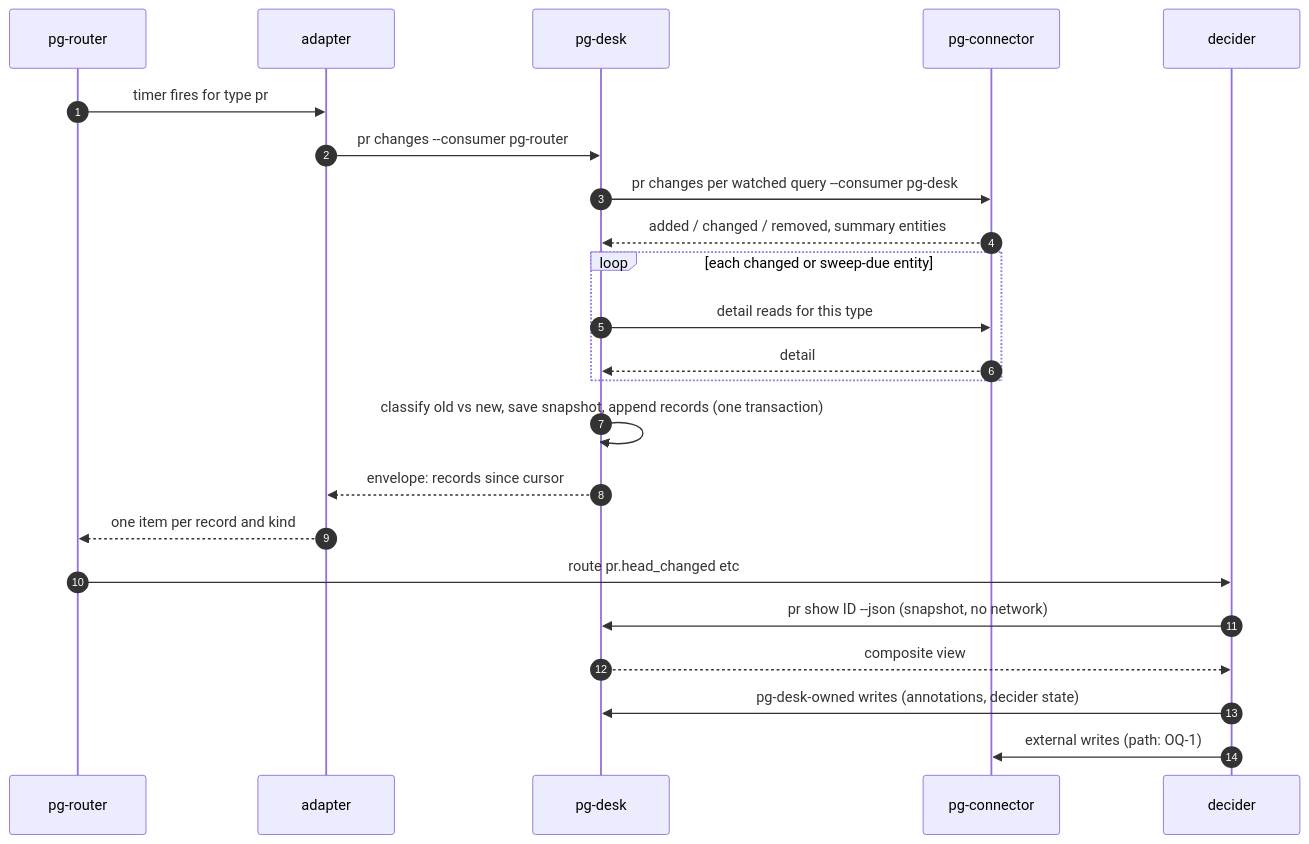
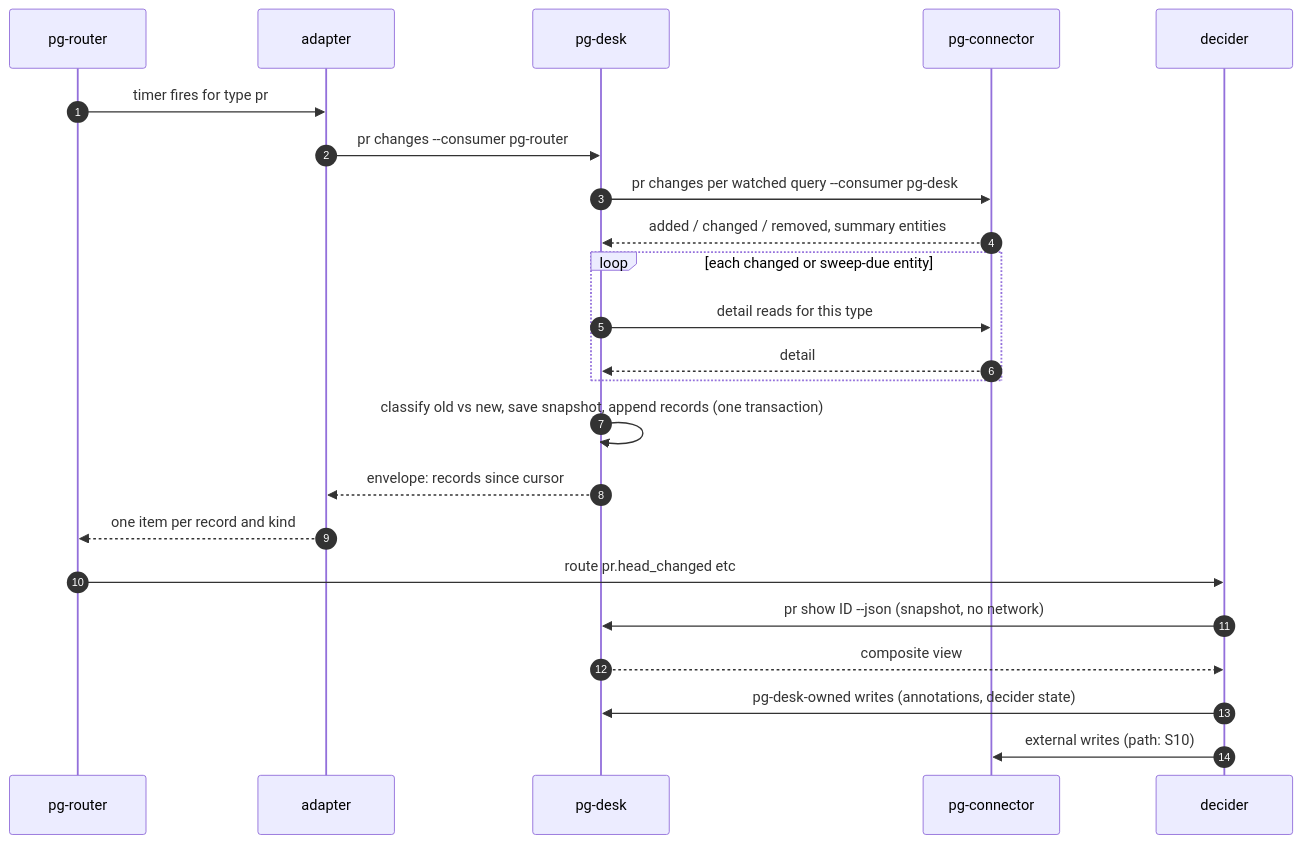
The second of 2 diagrams in docs/superpowers/specs/2026-09-29-entity-change-flow-design.md (phillipgreenii/nix-agent-support), drawn with Mermaid before and after one commit. The commit also changed other lines of this file, not shown here.

First line of the commit message:
docs: restructure entity change flow design; record OQ decisions

````diff
--- a/docs/superpowers/specs/2026-09-29-entity-change-flow-design.md
+++ b/docs/superpowers/specs/2026-09-29-entity-change-flow-design.md
@@ -131,26 +128,26 @@
 ```mermaid
 sequenceDiagram
     autonumber
     participant R as pg-router
     participant A as adapter
     participant D as pg-desk
     participant C as pg-connector
     participant X as decider
 
     R->>A: timer fires for type pr
     A->>D: pr changes --consumer pg-router
     D->>C: pr changes per watched query --consumer pg-desk
     C-->>D: added / changed / removed, summary entities
     loop each changed or sweep-due entity
         D->>C: detail reads for this type
         C-->>D: detail
     end
     D->>D: classify old vs new, save snapshot, append records (one transaction)
     D-->>A: envelope: records since cursor
     A-->>R: one item per record and kind
     R->>X: route pr.head_changed etc
     X->>D: pr show ID --json (snapshot, no network)
     D-->>X: composite view
     X->>D: pg-desk-owned writes (annotations, decider state)
-    X->>C: external writes (path: OQ-1)
+    X->>C: external writes (path: S10)
 ```
````
